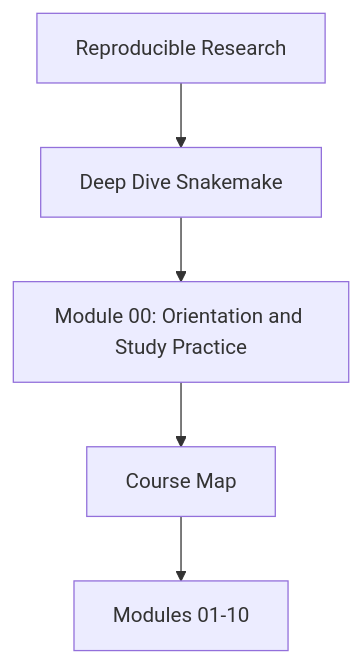
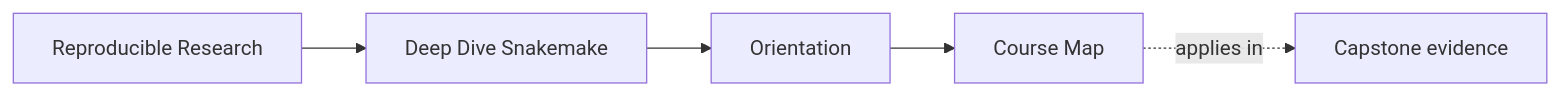
The first of 2 diagrams in programs/reproducible-research/deep-dive-snakemake/course-book/module-00-orientation/course-map.md (bijux/bijux-masterclass), drawn with Mermaid before and after one commit. The commit also changed other lines of this file and 149 other files, not shown here.

Commit message:
docs(deep-dive-snakemake): map workflow proof and operations surfaces

````diff
--- a/programs/reproducible-research/deep-dive-snakemake/course-book/module-00-orientation/course-map.md
+++ b/programs/reproducible-research/deep-dive-snakemake/course-book/module-00-orientation/course-map.md
@@ -6,7 +6,11 @@
 ```mermaid
-flowchart TD
-  family["Reproducible Research"] --> program["Deep Dive Snakemake"]
-  program --> module["Module 00: Orientation and Study Practice"]
-  module --> concept["Course Map"]
-  concept --> modules["Modules 01-10"]
+graph LR
+  family["Reproducible Research"]
+  program["Deep Dive Snakemake"]
+  section["Orientation"]
+  page["Course Map"]
+  capstone["Capstone evidence"]
+
+  family --> program --> section --> page
+  page -.applies in.-> capstone
 ```
````
